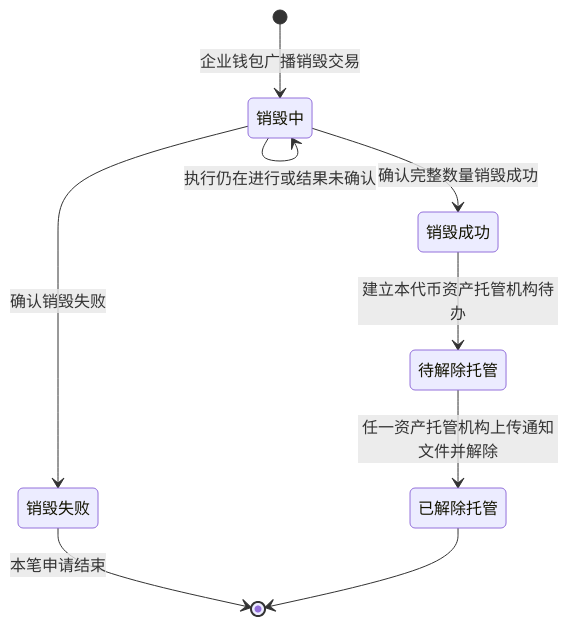
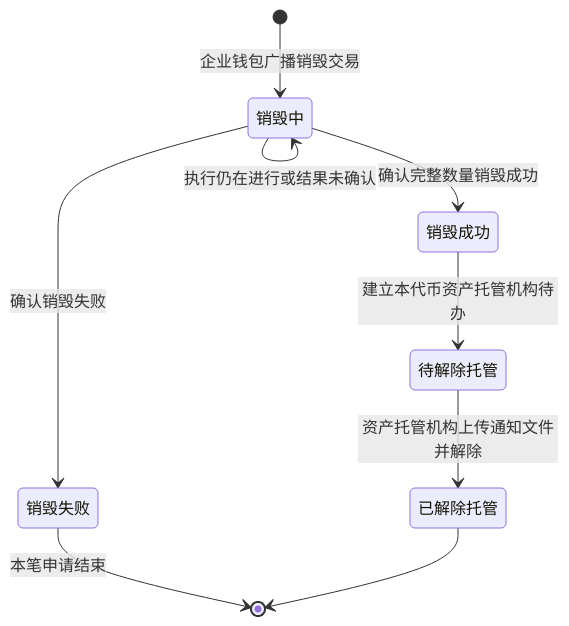
Before and after one commit to wxblockchain/Chain-Financing: the second of 5 diagrams in token-issuance-platform/PRD/管理端/M4b-销毁审核与解除质押/02-销毁审核与解除质押-流程图与状态机.md, drawn with Mermaid. The commit also changed other lines of this file and 7 other files, not shown here.

````diff
--- a/token-issuance-platform/PRD/管理端/M4b-销毁审核与解除质押/02-销毁审核与解除质押-流程图与状态机.md
+++ b/token-issuance-platform/PRD/管理端/M4b-销毁审核与解除质押/02-销毁审核与解除质押-流程图与状态机.md
@@ -43,16 +41,16 @@
 ```mermaid
 stateDiagram-v2
     state "销毁中" as Burning
     state "销毁失败" as Failed
     state "销毁成功" as Burned
     state "待解除托管" as PendingRelease
     state "已解除托管" as Released
     [*] --> Burning: 企业钱包广播销毁交易
     Burning --> Burning: 执行仍在进行或结果未确认
     Burning --> Failed: 确认销毁失败
     Burning --> Burned: 确认完整数量销毁成功
     Burned --> PendingRelease: 建立本代币资产托管机构待办
-    PendingRelease --> Released: 任一资产托管机构上传通知文件并解除
+    PendingRelease --> Released: 资产托管机构上传通知文件并解除
     Failed --> [*]: 本笔申请结束
     Released --> [*]
 ```
````
